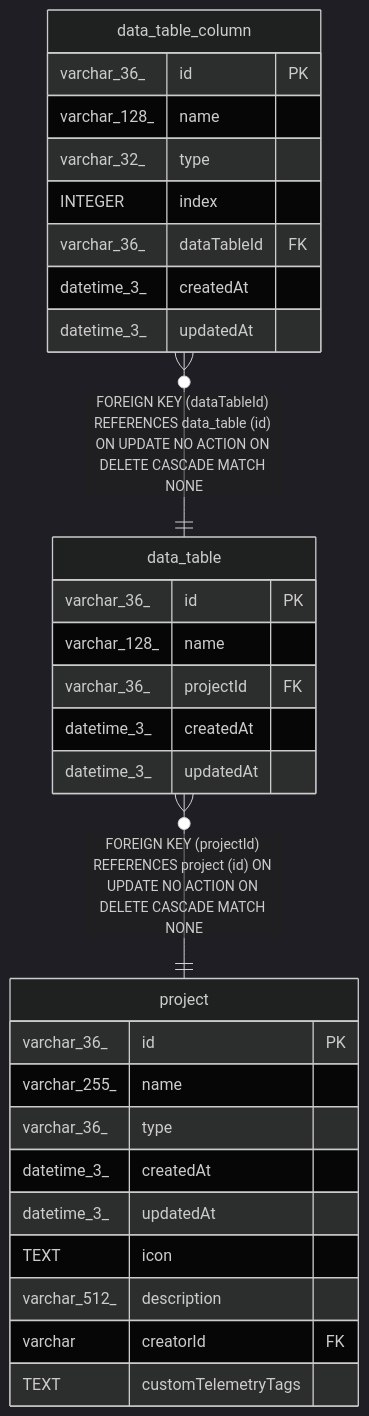
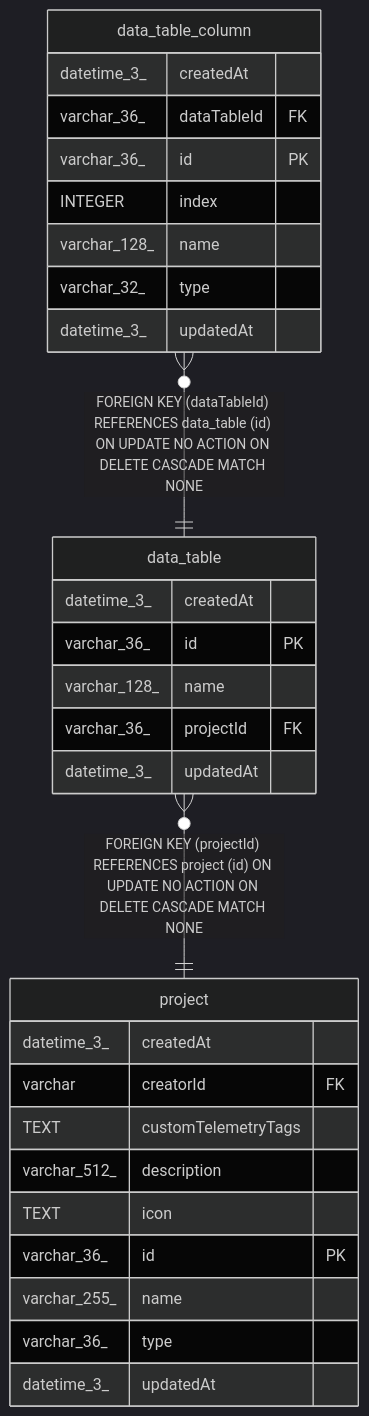
Before and after one commit to mayankjain1815-commits/n8n: the diagram in docs/generated/sqlite-schema/data_table.md, drawn with Mermaid (dark theme). The commit also changed other lines of this file and 221 other files, not shown here.

Commit message:
chore(core): Make DB schema docs generation deterministic (#32373)

````diff
--- a/docs/generated/sqlite-schema/data_table.md
+++ b/docs/generated/sqlite-schema/data_table.md
@@ -42,34 +42,34 @@
 ```mermaid
 erDiagram
 
 "data_table_column" }o--|| "data_table" : "FOREIGN KEY (dataTableId) REFERENCES data_table (id) ON UPDATE NO ACTION ON DELETE CASCADE MATCH NONE"
 "data_table" }o--|| "project" : "FOREIGN KEY (projectId) REFERENCES project (id) ON UPDATE NO ACTION ON DELETE CASCADE MATCH NONE"
 
 "data_table" {
+  datetime_3_ createdAt
   varchar_36_ id PK
   varchar_128_ name
   varchar_36_ projectId FK
-  datetime_3_ createdAt
   datetime_3_ updatedAt
 }
 "data_table_column" {
+  datetime_3_ createdAt
+  varchar_36_ dataTableId FK
   varchar_36_ id PK
+  INTEGER index
   varchar_128_ name
   varchar_32_ type
-  INTEGER index
-  varchar_36_ dataTableId FK
-  datetime_3_ createdAt
   datetime_3_ updatedAt
 }
 "project" {
+  datetime_3_ createdAt
+  varchar creatorId FK
+  TEXT customTelemetryTags
+  varchar_512_ description
+  TEXT icon
   varchar_36_ id PK
   varchar_255_ name
   varchar_36_ type
-  datetime_3_ createdAt
   datetime_3_ updatedAt
-  TEXT icon
-  varchar_512_ description
-  varchar creatorId FK
-  TEXT customTelemetryTags
 }
 ```
````
